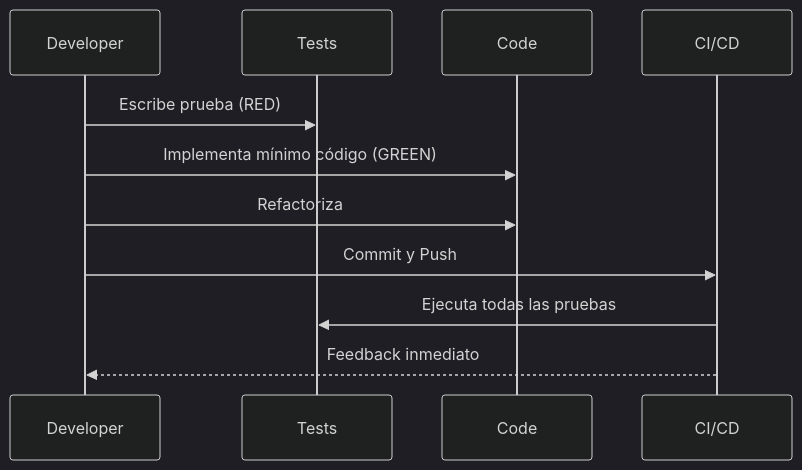
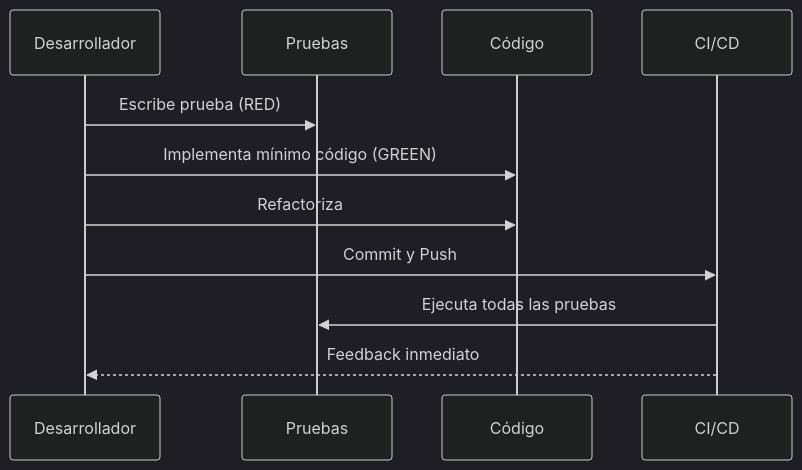
The third of 3 diagrams in public/documents/semester-3/3/3334.md (djaimej/computer-science-template), drawn with Mermaid (dark theme) before and after one commit. The commit also changed other lines of this file and 33 other files, not shown here.

````diff
--- a/public/documents/semester-3/3/3334.md
+++ b/public/documents/semester-3/3/3334.md
@@ -242,14 +293,14 @@
 ```mermaid
 sequenceDiagram
-    participant D as Developer
-    participant T as Tests
-    participant C as Code
+    participant D as Desarrollador
+    participant T as Pruebas
+    participant C as Código
     participant CI as CI/CD
 
     D->>T: Escribe prueba (RED)
     D->>C: Implementa mínimo código (GREEN)
     D->>C: Refactoriza
     D->>CI: Commit y Push
     CI->>T: Ejecuta todas las pruebas
     CI-->>D: Feedback inmediato
 ```
````
